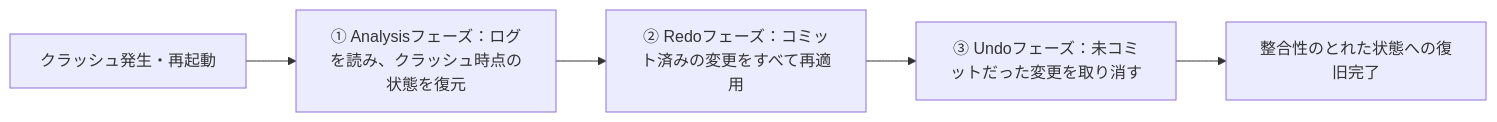
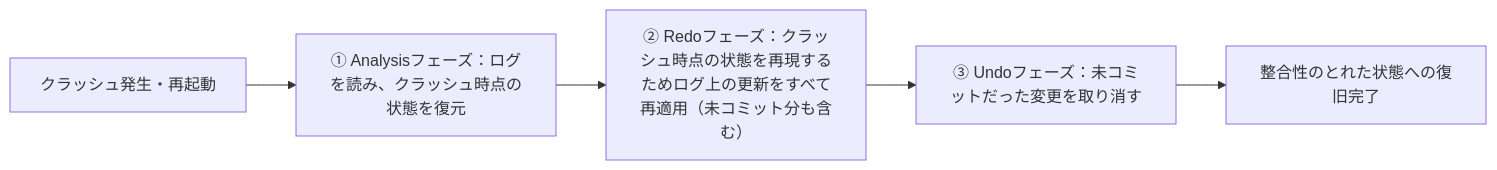
One commit to myoshi2891/Software-Design-and-Architecture changed the sixth of 15 diagrams in Database-internals-guide.md. Above: the diagram before and after it, drawn with Mermaid. The commit also changed other lines of this file, not shown here.

````diff
--- a/Database-internals-guide.md
+++ b/Database-internals-guide.md
@@ -218,7 +218,7 @@
 ```mermaid
 flowchart LR
     Crash["クラッシュ発生・再起動"] --> Analysis["① Analysisフェーズ：ログを読み、クラッシュ時点の状態を復元"]
-    Analysis --> Redo["② Redoフェーズ：コミット済みの変更をすべて再適用"]
+    Analysis --> Redo["② Redoフェーズ：クラッシュ時点の状態を再現するためログ上の更新をすべて再適用（未コミット分も含む）"]
     Redo --> Undo["③ Undoフェーズ：未コミットだった変更を取り消す"]
     Undo --> Recovered["整合性のとれた状態への復旧完了"]
 ```
````
